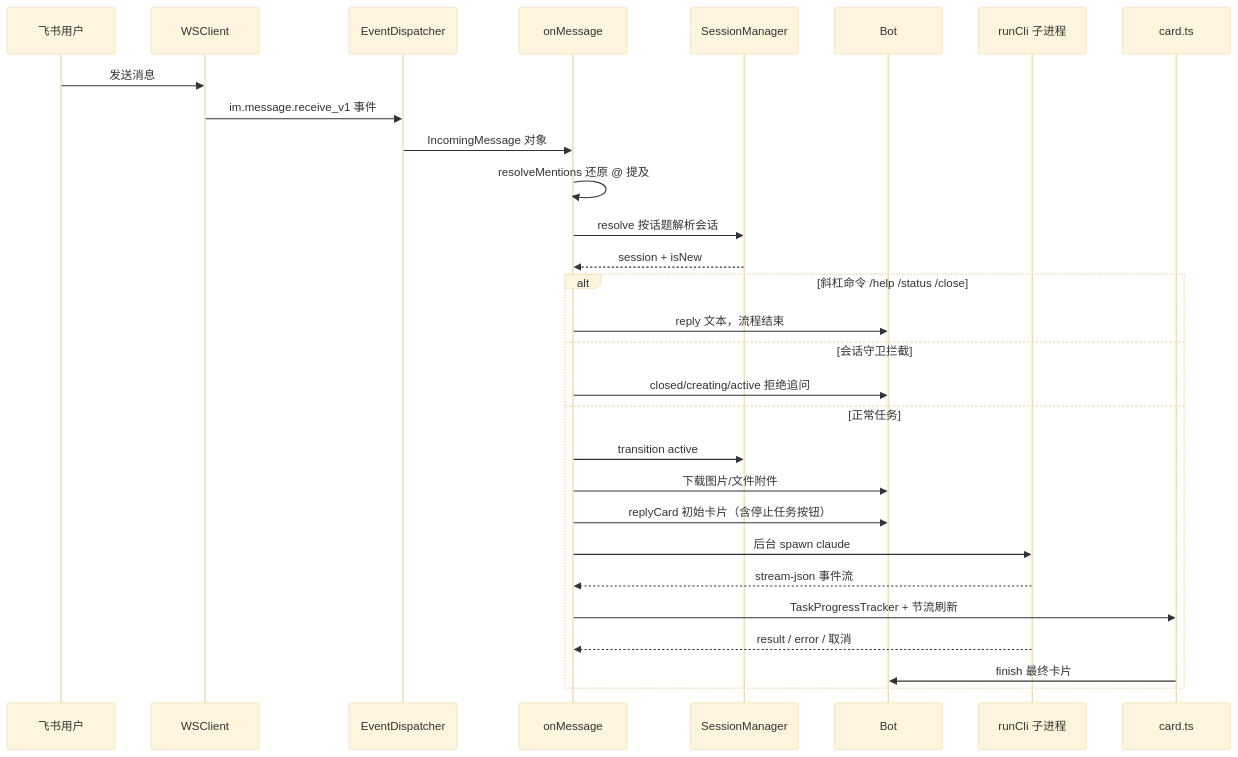
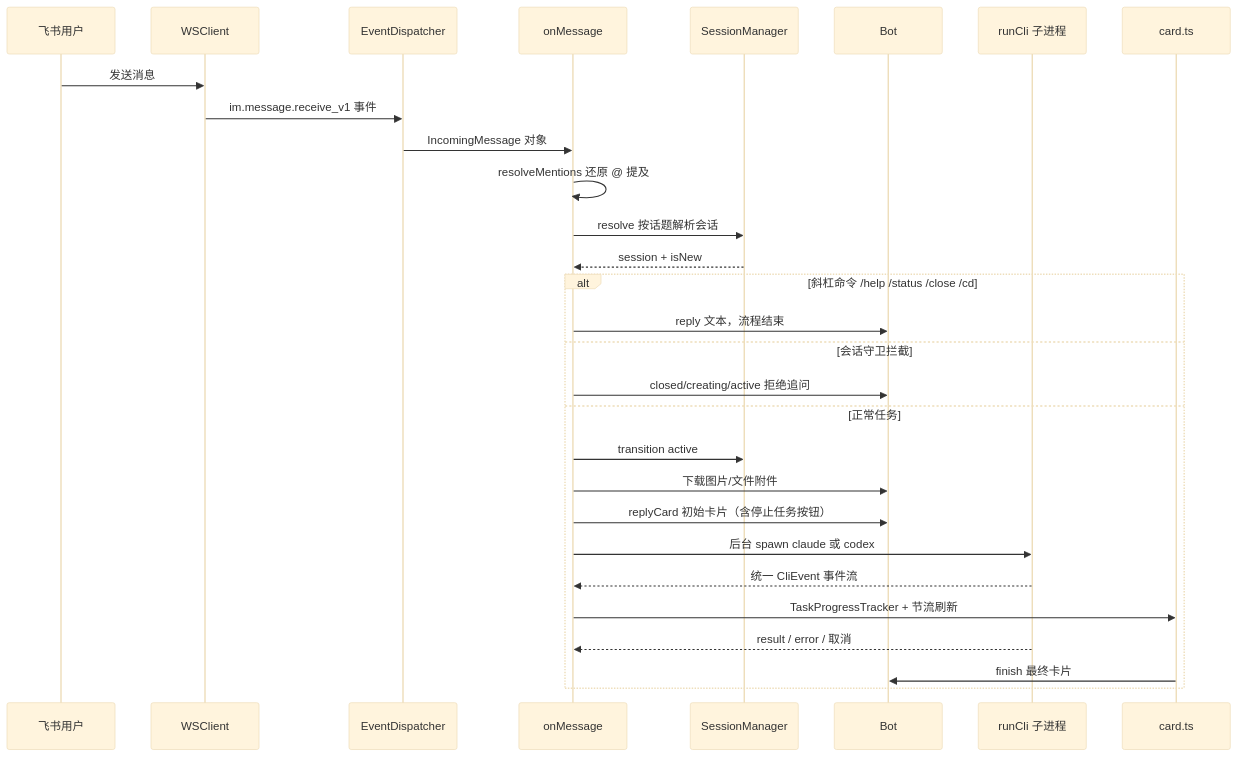
Before and after one commit to CerrorJ/Agent-Team: the first of 2 diagrams in openwiki/workflows/message-flow.md, drawn with Mermaid (base theme). The commit also changed other lines of this file and 9 other files, not shown here.

````diff
--- a/openwiki/workflows/message-flow.md
+++ b/openwiki/workflows/message-flow.md
@@ -14,32 +14,32 @@
 ```mermaid
 sequenceDiagram
     participant User as 飞书用户
     participant WS as WSClient
     participant Disp as EventDispatcher
     participant CB as onMessage
     participant SM as SessionManager
     participant Bot as Bot
     participant Run as runCli 子进程
     participant Card as card.ts
 
     User->>WS: 发送消息
     WS->>Disp: im.message.receive_v1 事件
     Disp->>CB: IncomingMessage 对象
     CB->>CB: resolveMentions 还原 @ 提及
     CB->>SM: resolve 按话题解析会话
     SM-->>CB: session + isNew
-    alt 斜杠命令 /help /status /close
+    alt 斜杠命令 /help /status /close /cd
         CB->>Bot: reply 文本，流程结束
     else 会话守卫拦截
         CB->>Bot: closed/creating/active 拒绝追问
     else 正常任务
         CB->>SM: transition active
         CB->>Bot: 下载图片/文件附件
         CB->>Bot: replyCard 初始卡片（含停止任务按钮）
-        CB->>Run: 后台 spawn claude
-        Run-->>CB: stream-json 事件流
+        CB->>Run: 后台 spawn claude 或 codex
+        Run-->>CB: 统一 CliEvent 事件流
         CB->>Card: TaskProgressTracker + 节流刷新
         Run-->>CB: result / error / 取消
         Card->>Bot: finish 最终卡片
     end
 ```
````
